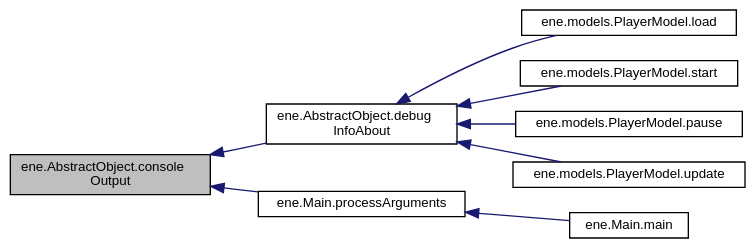
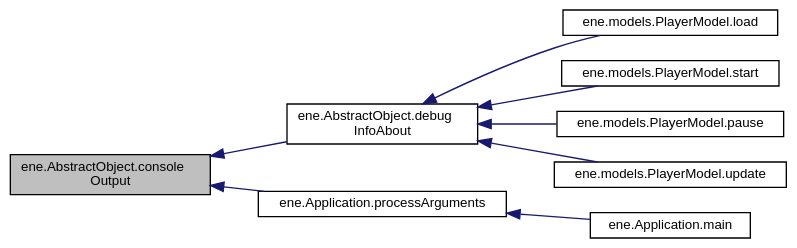
Before and after one commit to vivi90/ene: the diagram in docs/classene_1_1AbstractObject_a9ce30d3321c7ce794df2f07bdaf3e47c_icgraph.dot, drawn with Graphviz. The commit also changed 198 other files, not shown here.

```diff
--- a/docs/classene_1_1AbstractObject_a9ce30d3321c7ce794df2f07bdaf3e47c_icgraph.dot
+++ b/docs/classene_1_1AbstractObject_a9ce30d3321c7ce794df2f07bdaf3e47c_icgraph.dot
@@ -1,22 +1,22 @@
 digraph "ene.AbstractObject.consoleOutput"
 {
   bgcolor="transparent";
   edge [fontname="Helvetica",fontsize="10",labelfontname="Helvetica",labelfontsize="10"];
   node [fontname="Helvetica",fontsize="10",shape=record];
   rankdir="LR";
   Node1 [label="ene.AbstractObject.console\lOutput",height=0.2,width=0.4,color="black", fillcolor="grey75", style="filled", fontcolor="black"];
   Node1 -> Node2 [dir="back",color="midnightblue",fontsize="10",style="solid",fontname="Helvetica"];
   Node2 [label="ene.AbstractObject.debug\lInfoAbout",height=0.2,width=0.4,color="black",URL="$classene_1_1AbstractObject.html#aff9619cf289ec83735b6c6ca2c12e020"];
   Node2 -> Node3 [dir="back",color="midnightblue",fontsize="10",style="solid",fontname="Helvetica"];
   Node3 [label="ene.models.PlayerModel.load",height=0.2,width=0.4,color="black",URL="$classene_1_1models_1_1PlayerModel.html#a2c4655428b658dee3203787415a516a5"];
   Node2 -> Node4 [dir="back",color="midnightblue",fontsize="10",style="solid",fontname="Helvetica"];
   Node4 [label="ene.models.PlayerModel.start",height=0.2,width=0.4,color="black",URL="$classene_1_1models_1_1PlayerModel.html#a7d0471082171de01773a1da88cb3652d"];
   Node2 -> Node5 [dir="back",color="midnightblue",fontsize="10",style="solid",fontname="Helvetica"];
   Node5 [label="ene.models.PlayerModel.pause",height=0.2,width=0.4,color="black",URL="$classene_1_1models_1_1PlayerModel.html#afdcaa5e17ecdfbccad3ac8e702914e00"];
   Node2 -> Node6 [dir="back",color="midnightblue",fontsize="10",style="solid",fontname="Helvetica"];
   Node6 [label="ene.models.PlayerModel.update",height=0.2,width=0.4,color="black",URL="$classene_1_1models_1_1PlayerModel.html#a108968d6fd2beb7e322bba50028d32b1"];
   Node1 -> Node7 [dir="back",color="midnightblue",fontsize="10",style="solid",fontname="Helvetica"];
-  Node7 [label="ene.Main.processArguments",height=0.2,width=0.4,color="black",URL="$classene_1_1Main.html#a77b1520d070e54a23cb34ae979fe487f"];
+  Node7 [label="ene.Application.processArguments",height=0.2,width=0.4,color="black",URL="$classene_1_1Application.html#a096fa8803429fdb43c79cde1705b489f"];
   Node7 -> Node8 [dir="back",color="midnightblue",fontsize="10",style="solid",fontname="Helvetica"];
-  Node8 [label="ene.Main.main",height=0.2,width=0.4,color="black",URL="$classene_1_1Main.html#a6895a0ab05864203ddac84ae03ae479d"];
+  Node8 [label="ene.Application.main",height=0.2,width=0.4,color="black",URL="$classene_1_1Application.html#a336bc7b9857591df7cc547781aacbf10"];
 }
```
